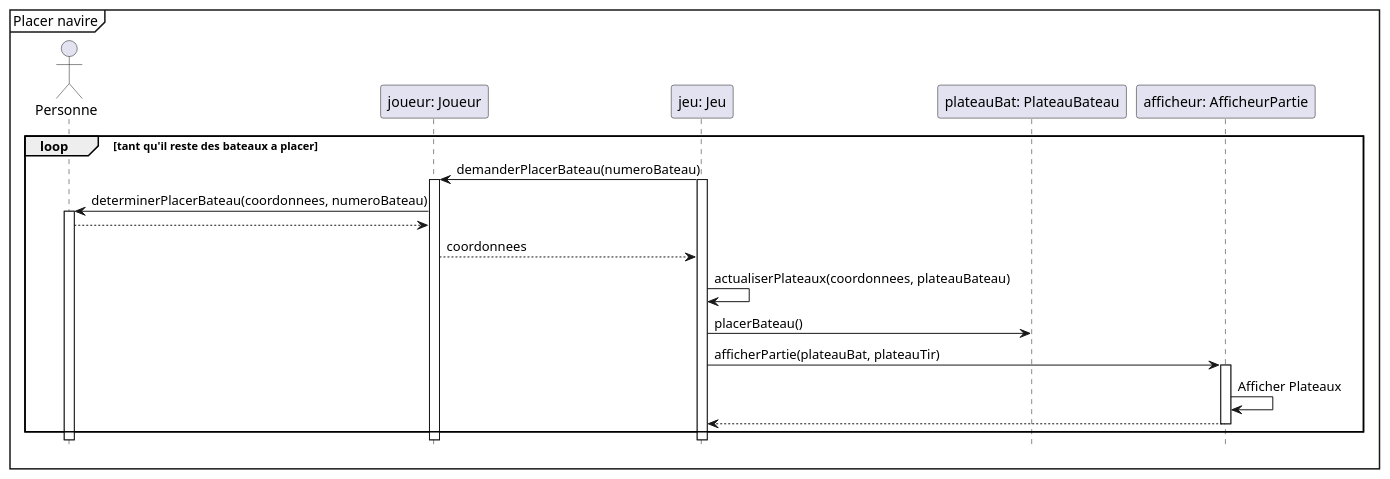
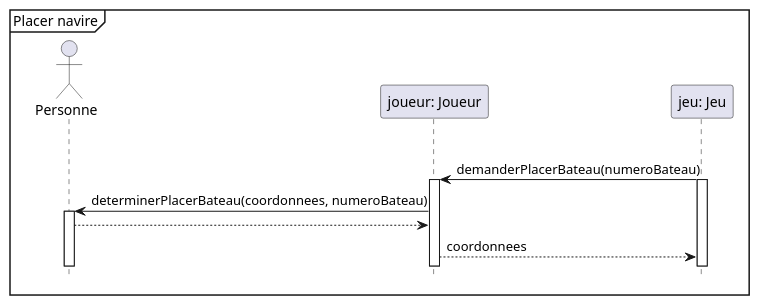
One commit to Patroklos99/5153_TP2-Battleship-AI-Pattern-Conception_Engineering2 changed the diagram in diagrammes_conception/diagrammes_patrons/sequence_template_method_2.puml. Above: the diagram before and after it, drawn with PlantUML. The commit also changed 5 other files, not shown here.

```diff
--- a/diagrammes_conception/diagrammes_patrons/sequence_template_method_2.puml
+++ b/diagrammes_conception/diagrammes_patrons/sequence_template_method_2.puml
@@ -1,30 +1,21 @@
 @startuml
 'https://plantuml.com/sequence-diagram
 hide footbox
 mainframe Placer navire
 
 actor Personne as personne
 participant "joueur: Joueur" as joueur
 participant "jeu: Jeu" as Jeu
-participant "plateauBat: PlateauBateau" as platBat
-participant "afficheur: AfficheurPartie" as AfficheurPartie
 
 
 
 loop tant qu'il reste des bateaux a placer
 Jeu -> joueur : demanderPlacerBateau(numeroBateau)
 activate Jeu
 activate joueur
 joueur -> personne : determinerPlacerBateau(coordonnees, numeroBateau)
 activate personne
 personne --> joueur
 joueur --> Jeu : coordonnees
-Jeu -> Jeu : actualiserPlateaux(coordonnees, plateauBateau)
-Jeu -> platBat : placerBateau()
-Jeu -> AfficheurPartie : afficherPartie(plateauBat, plateauTir)
-activate AfficheurPartie
-AfficheurPartie -> AfficheurPartie: Afficher Plateaux
-AfficheurPartie --> Jeu
-deactivate AfficheurPartie
-end
+
 @enduml
```
